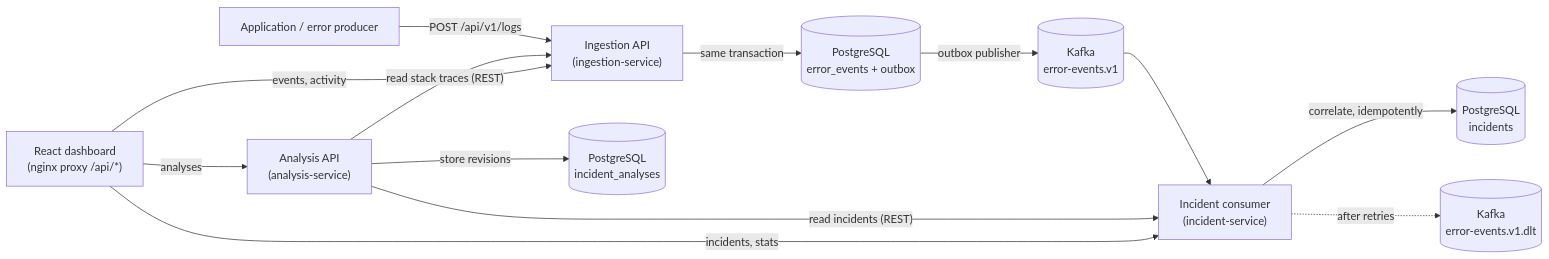
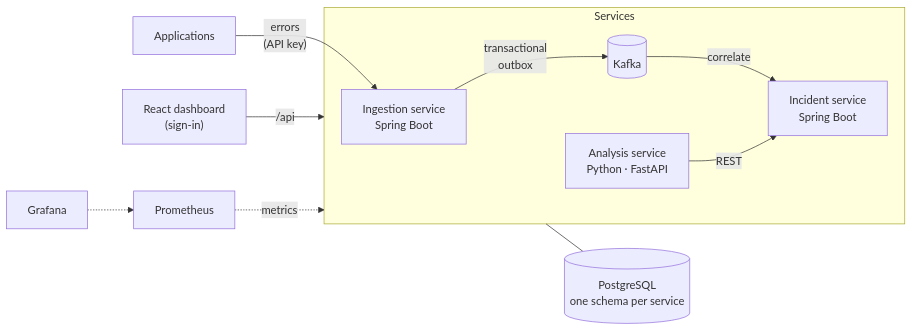
Before and after one commit to rciripireddy/ai-software-debugging-root-cause-platform: the diagram in README.md, drawn with Mermaid. The commit also changed other lines of this file and 28 other files, not shown here.

````diff
--- a/README.md
+++ b/README.md
@@ -100,15 +46,17 @@
 ```mermaid
 flowchart LR
-    apps["Application / error producer"] -->|"POST /api/v1/logs"| ingestion["Ingestion API<br/>(ingestion-service)"]
-    ingestion -->|"same transaction"| store[("PostgreSQL<br/>error_events + outbox")]
-    store -->|"outbox publisher"| kafka[("Kafka<br/>error-events.v1")]
-    kafka --> consumer["Incident consumer<br/>(incident-service)"]
-    consumer -->|"correlate, idempotently"| incidents[("PostgreSQL<br/>incidents")]
-    consumer -.->|"after retries"| dlt[("Kafka<br/>error-events.v1.dlt")]
-    analysis["Analysis API<br/>(analysis-service)"] -->|"read incidents (REST)"| consumer
-    analysis -->|"read stack traces (REST)"| ingestion
-    analysis -->|"store revisions"| analyses[("PostgreSQL<br/>incident_analyses")]
-    ui["React dashboard<br/>(nginx proxy /api/*)"] -->|"events, activity"| ingestion
-    ui -->|"incidents, stats"| consumer
-    ui -->|"analyses"| analysis
+    apps["Applications"] -->|"errors<br/>(API key)"| ingestion
+    subgraph services["Services"]
+        ingestion["Ingestion service<br/>Spring Boot"]
+        kafka[("Kafka")]
+        incident["Incident service<br/>Spring Boot"]
+        analysis["Analysis service<br/>Python · FastAPI"]
+        ingestion -->|"transactional<br/>outbox"| kafka
+        kafka -->|"correlate"| incident
+        analysis -->|"REST"| incident
+    end
+    services --- pg[("PostgreSQL<br/>one schema per service")]
+    ui["React dashboard<br/>(sign-in)"] -->|"/api"| services
+    prom["Prometheus"] -.->|"metrics"| services
+    grafana["Grafana"] -.-> prom
 ```
````
